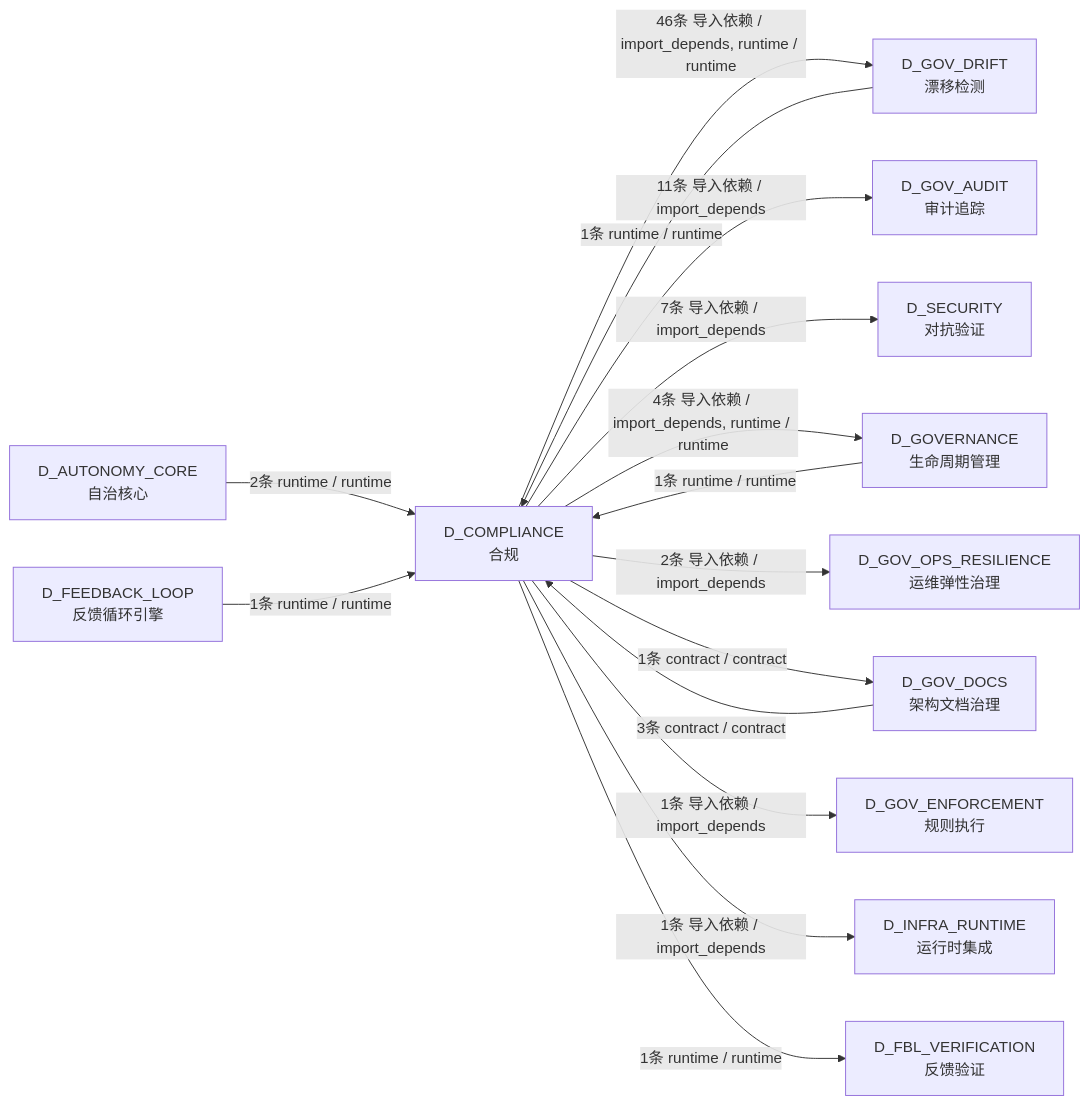
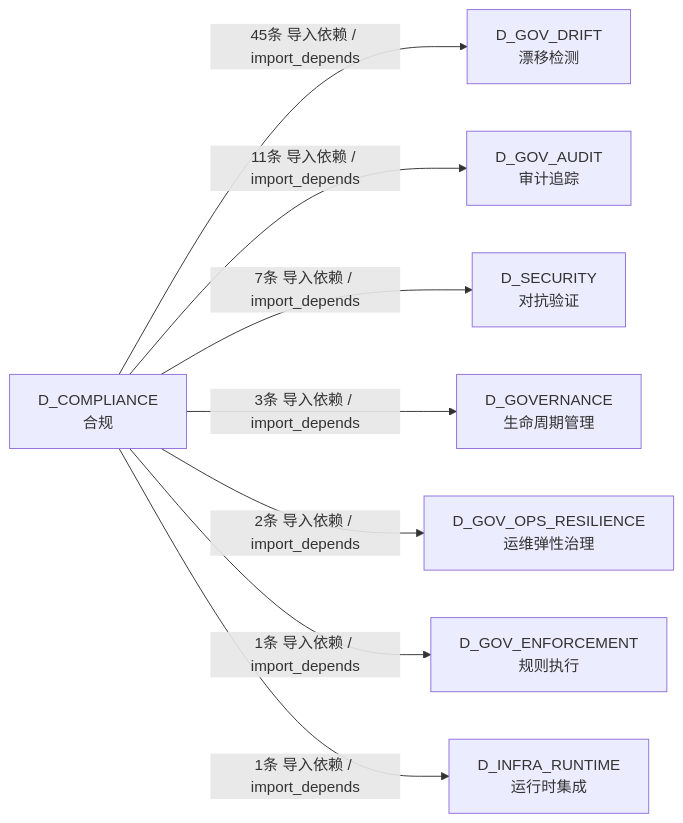
Before and after one commit to xuanFelixVan/ZephyrAlpha: the third of 3 diagrams in docs/02_enterprise_architecture/02_domain_architecture_docs/60_d_compliance.md, drawn with Mermaid. The commit also changed other lines of this file and 125 other files, not shown here.

````diff
--- a/docs/02_enterprise_architecture/02_domain_architecture_docs/60_d_compliance.md
+++ b/docs/02_enterprise_architecture/02_domain_architecture_docs/60_d_compliance.md
@@ -336,29 +299,18 @@
 ```mermaid
 graph LR
     D_COMPLIANCE["D_COMPLIANCE<br/>合规"]
     D_GOV_DRIFT["D_GOV_DRIFT<br/>漂移检测"]
     D_GOV_AUDIT["D_GOV_AUDIT<br/>审计追踪"]
     D_SECURITY["D_SECURITY<br/>对抗验证"]
     D_GOVERNANCE["D_GOVERNANCE<br/>生命周期管理"]
     D_GOV_OPS_RESILIENCE["D_GOV_OPS_RESILIENCE<br/>运维弹性治理"]
-    D_GOV_DOCS["D_GOV_DOCS<br/>架构文档治理"]
     D_GOV_ENFORCEMENT["D_GOV_ENFORCEMENT<br/>规则执行"]
     D_INFRA_RUNTIME["D_INFRA_RUNTIME<br/>运行时集成"]
-    D_FBL_VERIFICATION["D_FBL_VERIFICATION<br/>反馈验证"]
-    D_AUTONOMY_CORE["D_AUTONOMY_CORE<br/>自治核心"]
-    D_FEEDBACK_LOOP["D_FEEDBACK_LOOP<br/>反馈循环引擎"]
-    D_COMPLIANCE -->|46条 导入依赖 / import_depends, runtime / runtime| D_GOV_DRIFT
+    D_COMPLIANCE -->|45条 导入依赖 / import_depends| D_GOV_DRIFT
     D_COMPLIANCE -->|11条 导入依赖 / import_depends| D_GOV_AUDIT
     D_COMPLIANCE -->|7条 导入依赖 / import_depends| D_SECURITY
-    D_COMPLIANCE -->|4条 导入依赖 / import_depends, runtime / runtime| D_GOVERNANCE
+    D_COMPLIANCE -->|3条 导入依赖 / import_depends| D_GOVERNANCE
     D_COMPLIANCE -->|2条 导入依赖 / import_depends| D_GOV_OPS_RESILIENCE
-    D_COMPLIANCE -->|1条 contract / contract| D_GOV_DOCS
     D_COMPLIANCE -->|1条 导入依赖 / import_depends| D_GOV_ENFORCEMENT
     D_COMPLIANCE -->|1条 导入依赖 / import_depends| D_INFRA_RUNTIME
-    D_COMPLIANCE -->|1条 runtime / runtime| D_FBL_VERIFICATION
-    D_GOV_DOCS -->|3条 contract / contract| D_COMPLIANCE
-    D_AUTONOMY_CORE -->|2条 runtime / runtime| D_COMPLIANCE
-    D_FEEDBACK_LOOP -->|1条 runtime / runtime| D_COMPLIANCE
-    D_GOVERNANCE -->|1条 runtime / runtime| D_COMPLIANCE
-    D_GOV_DRIFT -->|1条 runtime / runtime| D_COMPLIANCE
 ```
````
